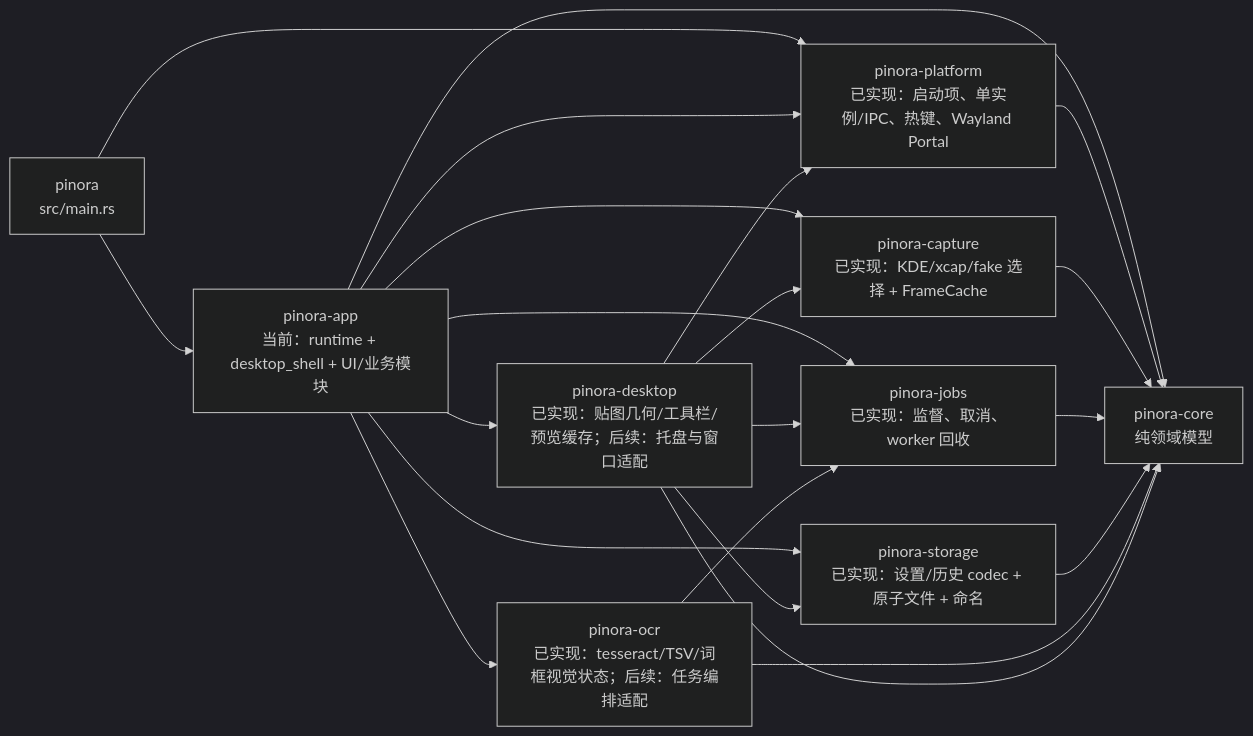
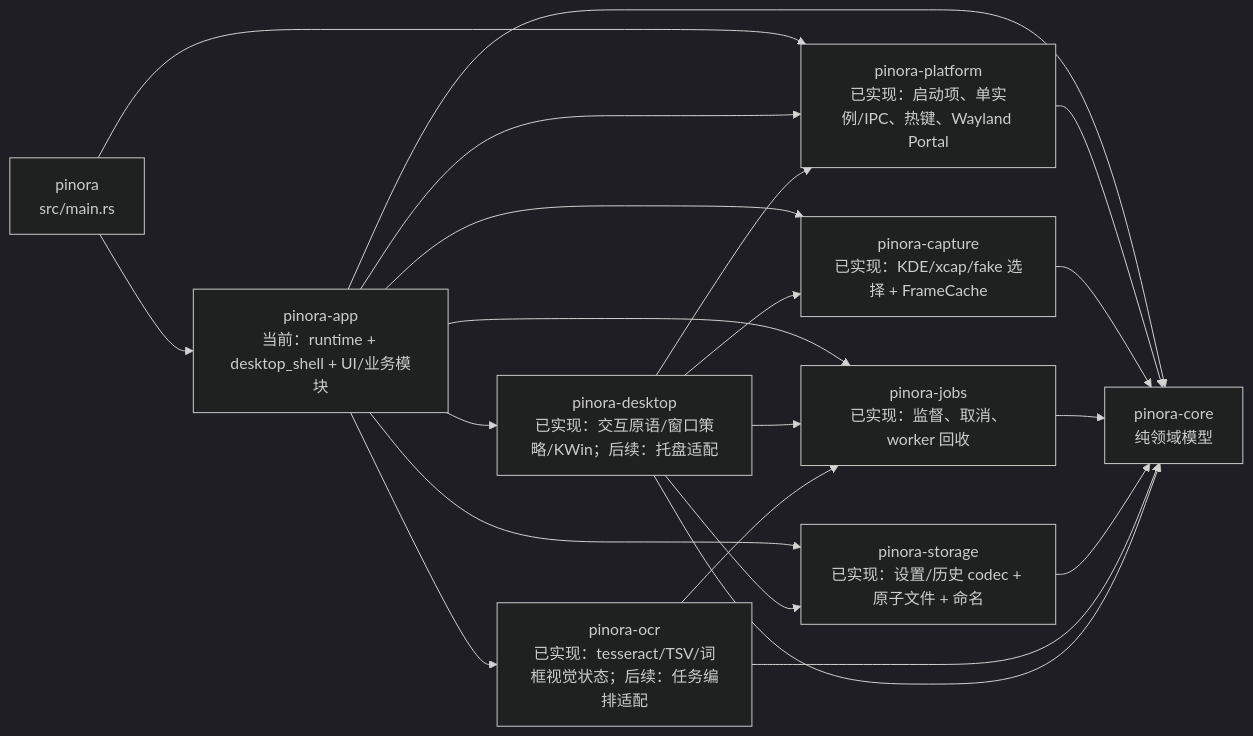
One commit to yhyzgn/pinora changed the third of 23 diagrams in docs/Pinora-开发设计文档.md. Above: the diagram before and after it, drawn with Mermaid (dark theme). The commit also changed other lines of this file and 16 other files, not shown here.

````diff
--- a/docs/Pinora-开发设计文档.md
+++ b/docs/Pinora-开发设计文档.md
@@ -236,24 +236,24 @@
 ```mermaid
 flowchart LR
     Main["pinora\nsrc/main.rs"] --> App["pinora-app\n当前：runtime + desktop_shell + UI/业务模块"]
     Main --> Platform["pinora-platform\n已实现：启动项、单实例/IPC、热键、Wayland Portal"]
     App --> Platform
     App --> Core["pinora-core\n纯领域模型"]
     Platform --> Core
 
     App --> CaptureNow["pinora-capture\n已实现：KDE/xcap/fake 选择 + FrameCache"]
     CaptureNow --> Core
     App --> JobsNow["pinora-jobs\n已实现：监督、取消、worker 回收"]
     JobsNow --> Core
     App --> StorageNow["pinora-storage\n已实现：设置/历史 codec + 原子文件 + 命名"]
     StorageNow --> Core
-    App --> Desktop["pinora-desktop\n已实现：贴图几何/工具栏/预览缓存；后续：托盘与窗口适配"]
+    App --> Desktop["pinora-desktop\n已实现：交互原语/窗口策略/KWin；后续：托盘适配"]
     App --> Ocr["pinora-ocr\n已实现：tesseract/TSV/词框视觉状态；后续：任务编排适配"]
     Ocr --> Core
     Desktop --> Core
     Desktop --> Platform
     Desktop --> CaptureNow
     Desktop --> JobsNow
     Desktop --> StorageNow
     Ocr --> JobsNow
 ```
````
